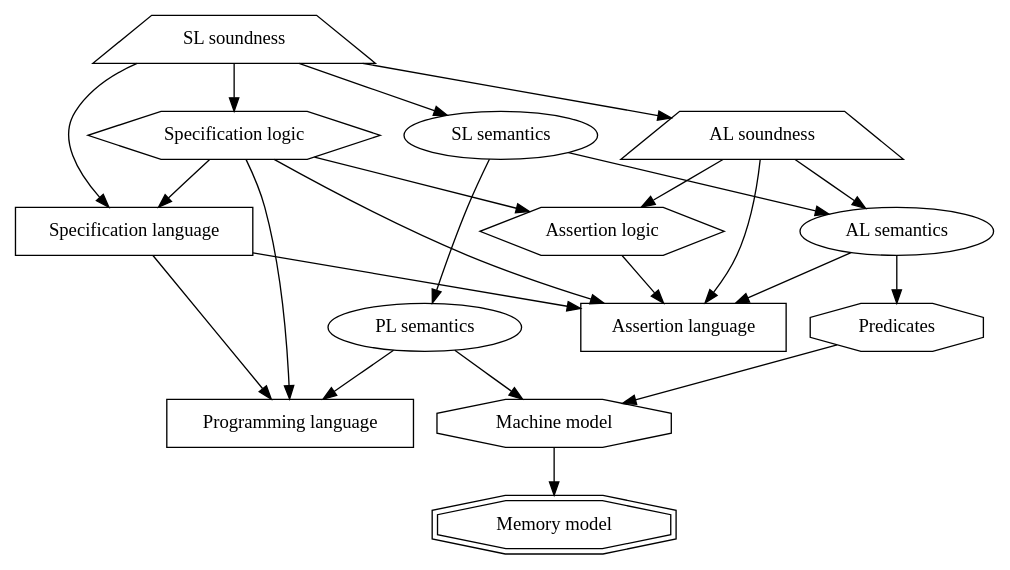
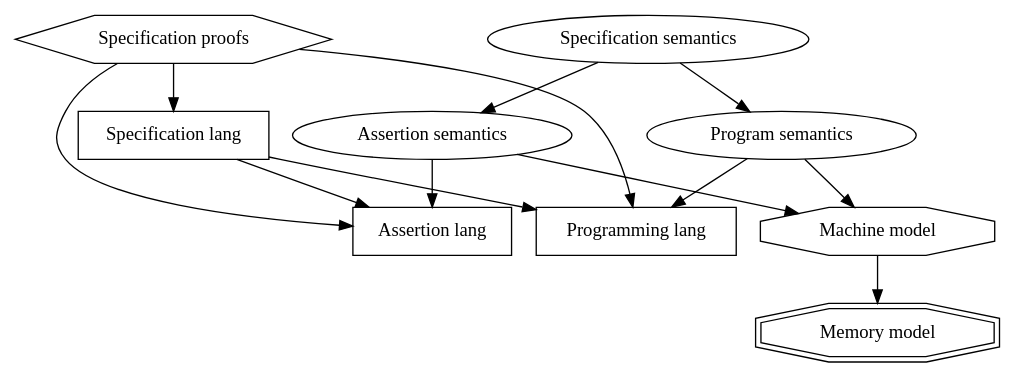
The diagram in dependency-graph/dg.dot (iwehrman/Weak-Memory-Local-Reasoning), drawn with Graphviz before and after one commit.

Commit message:
remove predicates, etc.

```diff
--- a/dependency-graph/dg.dot
+++ b/dependency-graph/dg.dot
@@ -1,71 +1,74 @@
 digraph G {
 	
 	{ rank=sink; center=true; 
 		memory_model[shape=doubleoctagon,label="Memory model",fillcolor=white, style=filled,fillcolor=white, style=filled];
 	}
-	
-	
-		programming_language[shape=box,label="Programming language",group="PL",fillcolor=white, style=filled];
-		programming_model[shape=octagon,label="Machine model",group="PL",fillcolor=white, style=filled];
-		assertion_language[shape=box,label="Assertion language",group="AL",fillcolor=white, style=filled];
+
+	{ center=true; 
+	  	programming_model[shape=octagon,label="Machine model",group="PL",fillcolor=white, style=filled];
+
+		programming_language[shape=box,label="Programming lang",group="PL",fillcolor=white, style=filled];
 		
-		predicates[shape=octagon,label="Predicates",group="AL",fillcolor=white, style=filled];
+		assertion_language[shape=box,label="Assertion lang",group="AL",fillcolor=white, style=filled];
+		
+		// predicates[shape=octagon,label="Predicates",group="AL",fillcolor=white, style=filled];
 
 	
 
 
-		specification_language[shape=box,label="Specification language",group="SL",fillcolor=white, style=filled];
+		specification_language[shape=box,label="Specification lang",group="SL",fillcolor=white, style=filled];
 
 
-		programming_language_semantics[shape=ellipse,label="PL semantics",group="PL",fillcolor=white, style=filled];
-		assertion_language_semantics[shape=ellipse,label="AL semantics",group="AL",fillcolor=white, style=filled];
-		specification_semantics[shape=ellipse,label="SL semantics",group="SL",fillcolor=white, style=filled];
-		assertion_logic_soundness[shape=trapezium,label="AL soundness",group="AL",fillcolor=white, style=filled];
+		programming_language_semantics[shape=ellipse,label="Program semantics",group="PL",fillcolor=white, style=filled];
+		assertion_language_semantics[shape=ellipse,label="Assertion semantics",group="AL",fillcolor=white, style=filled];
+		specification_semantics[shape=ellipse,label="Specification semantics",group="SL",fillcolor=white, style=filled];
+		// assertion_logic_soundness[shape=trapezium,label="Assert sound",group="AL",fillcolor=white, style=filled];
 
-		assertion_logic[shape=hexagon,label="Assertion logic",group="AL",fillcolor=white, style=filled];
-		specification_logic[shape=hexagon,label="Specification logic",group="SL",fillcolor=white, style=filled];
+		// assertion_logic[shape=hexagon,label="Assert proofs",group="AL",fillcolor=white, style=filled];
+		specification_logic[shape=hexagon,label="Specification proofs",group="SL",fillcolor=white, style=filled];
 
 	
 
-		specification_logic_soundness[shape=trapezium,label="SL soundness",group="SL",fillcolor=white, style=filled];
-
+		// specification_logic_soundness[shape=trapezium,label="Spec sound",group="SL",fillcolor=white, style=filled];
+}
 
 
 
 
 
 	specification_logic -> specification_language;
 	specification_logic -> assertion_language;
-	specification_logic -> assertion_logic;
+	// specification_logic -> assertion_logic;
 	specification_logic -> programming_language;
 	
 	specification_language -> assertion_language;
 	specification_language -> programming_language;
 	
-	assertion_logic -> assertion_language; 
+	// assertion_logic -> assertion_language; 
 	
 	specification_semantics -> assertion_language_semantics;
 	specification_semantics -> programming_language_semantics;
 	
-	assertion_language_semantics -> predicates;
+	// assertion_language_semantics -> predicates;
+        assertion_language_semantics -> programming_model;
 	assertion_language_semantics -> assertion_language;
 	
 	
-	predicates -> programming_model;
+	// predicates -> programming_model;
 	
 	programming_language_semantics -> programming_model;
 	programming_language_semantics -> programming_language;
 
 	programming_model -> memory_model;
 	
-	assertion_logic_soundness -> assertion_logic;
-	assertion_logic_soundness -> assertion_language;
-	assertion_logic_soundness -> assertion_language_semantics;
+	// assertion_logic_soundness -> assertion_logic;
+	// assertion_logic_soundness -> assertion_language;
+	// assertion_logic_soundness -> assertion_language_semantics;
 	
-	specification_logic_soundness -> specification_logic;
-	specification_logic_soundness -> assertion_logic_soundness;
-	specification_logic_soundness -> specification_language;
-	specification_logic_soundness -> specification_semantics;
+	// specification_logic_soundness -> specification_logic;
+	// specification_logic_soundness -> assertion_logic_soundness;
+	// specification_logic_soundness -> specification_language;
+	// specification_logic_soundness -> specification_semantics;
 
 	
 }
```
